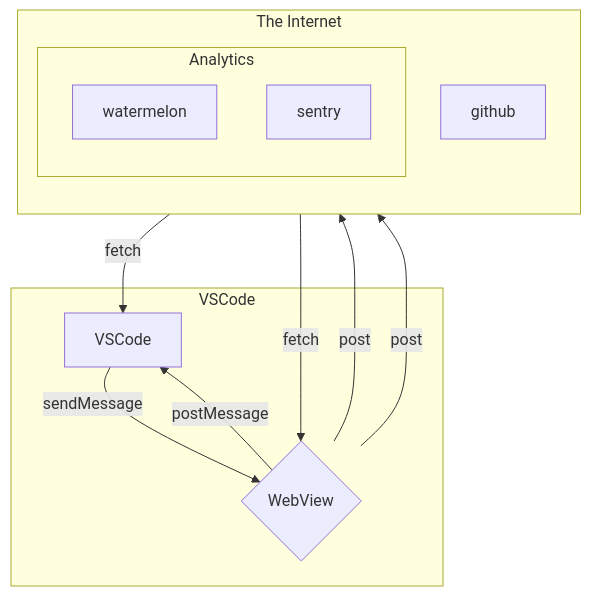
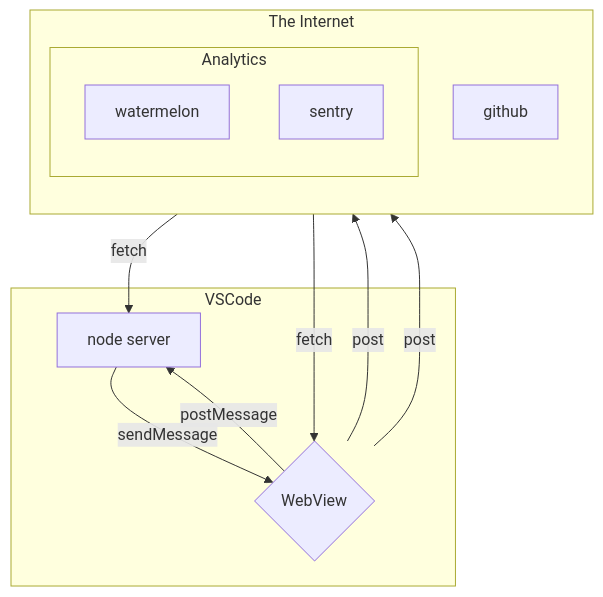
The diagram in wm-paper/architecture.md (watermelontools/watermelon-vscode), drawn with Mermaid before and after one commit.

Commit message:
Fix server name

````diff
--- a/wm-paper/architecture.md
+++ b/wm-paper/architecture.md
@@ -3,20 +3,20 @@
 ```mermaid
 flowchart TD
     subgraph VSCode
-    A[VSCode] --sendMessage--> B{WebView}
+    A[node server] --sendMessage--> B{WebView}
     B --postMessage--> A
     end
     subgraph The Internet
     direction BT
     C[github]
         subgraph Analytics
         D[watermelon]
         E[sentry]
         end
     end
     C --fetch--> A
     C -- fetch --> B
     B -- post --> D
     B -- post --> E
     
 ``` 
````
